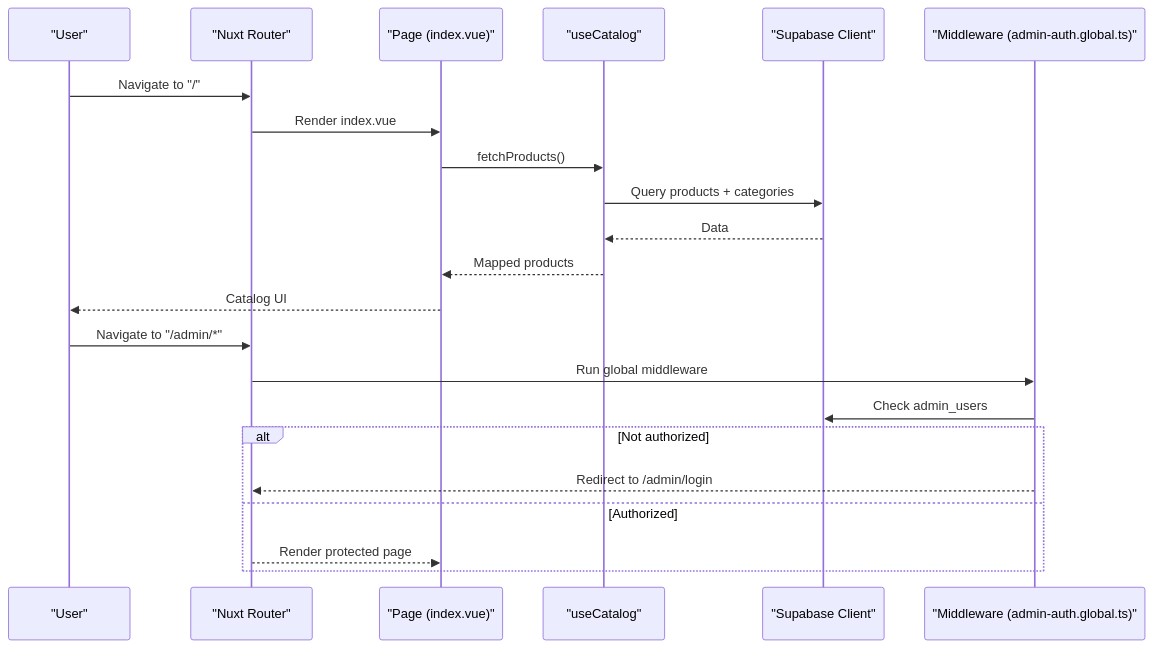
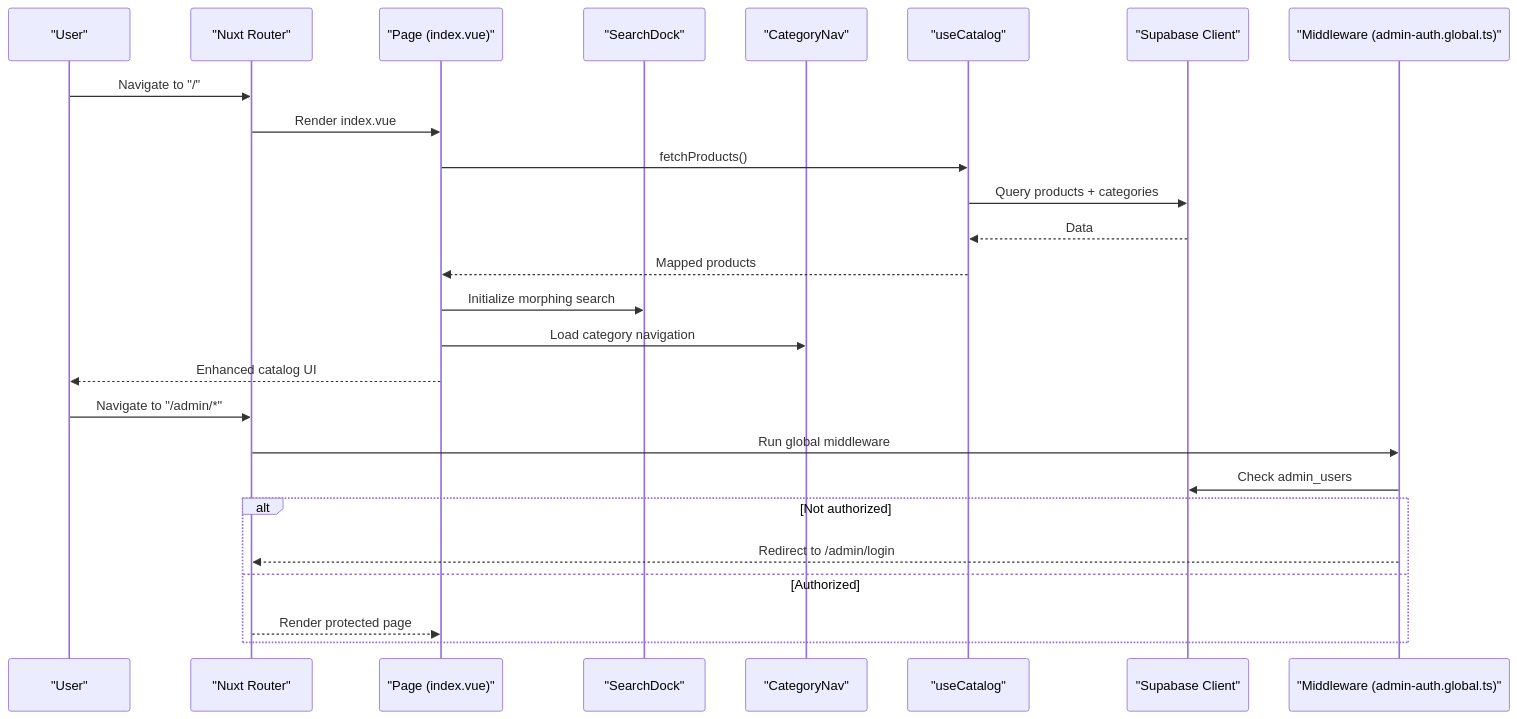
Before and after one commit to RaccoonPie-314/Raccoon-Gear-Bin: the second of 4 diagrams in .qoder/repowiki/en/content/Pages & Routing/Page Structure & Organization.md, drawn with Mermaid. The commit also changed other lines of this file and 51 other files, not shown here.

````diff
--- a/.qoder/repowiki/en/content/Pages & Routing/Page Structure & Organization.md
+++ b/.qoder/repowiki/en/content/Pages & Routing/Page Structure & Organization.md
@@ -92,24 +113,28 @@
 ```mermaid
 sequenceDiagram
 participant U as "User"
 participant R as "Nuxt Router"
 participant P as "Page (index.vue)"
+participant SD as "SearchDock"
+participant CN as "CategoryNav"
 participant C as "useCatalog"
 participant S as "Supabase Client"
 participant M as "Middleware (admin-auth.global.ts)"
 U->>R : Navigate to "/"
 R->>P : Render index.vue
 P->>C : fetchProducts()
 C->>S : Query products + categories
 S-->>C : Data
 C-->>P : Mapped products
-P-->>U : Catalog UI
+P->>SD : Initialize morphing search
+P->>CN : Load category navigation
+P-->>U : Enhanced catalog UI
 U->>R : Navigate to "/admin/*"
 R->>M : Run global middleware
 M->>S : Check admin_users
 alt Not authorized
 M-->>R : Redirect to /admin/login
 else Authorized
 R-->>P : Render protected page
 end
 ```
````
